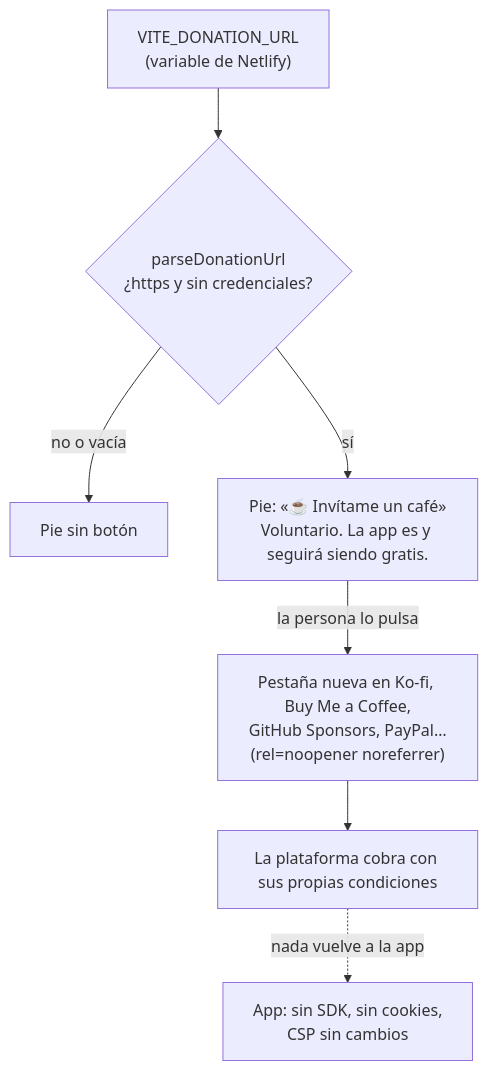
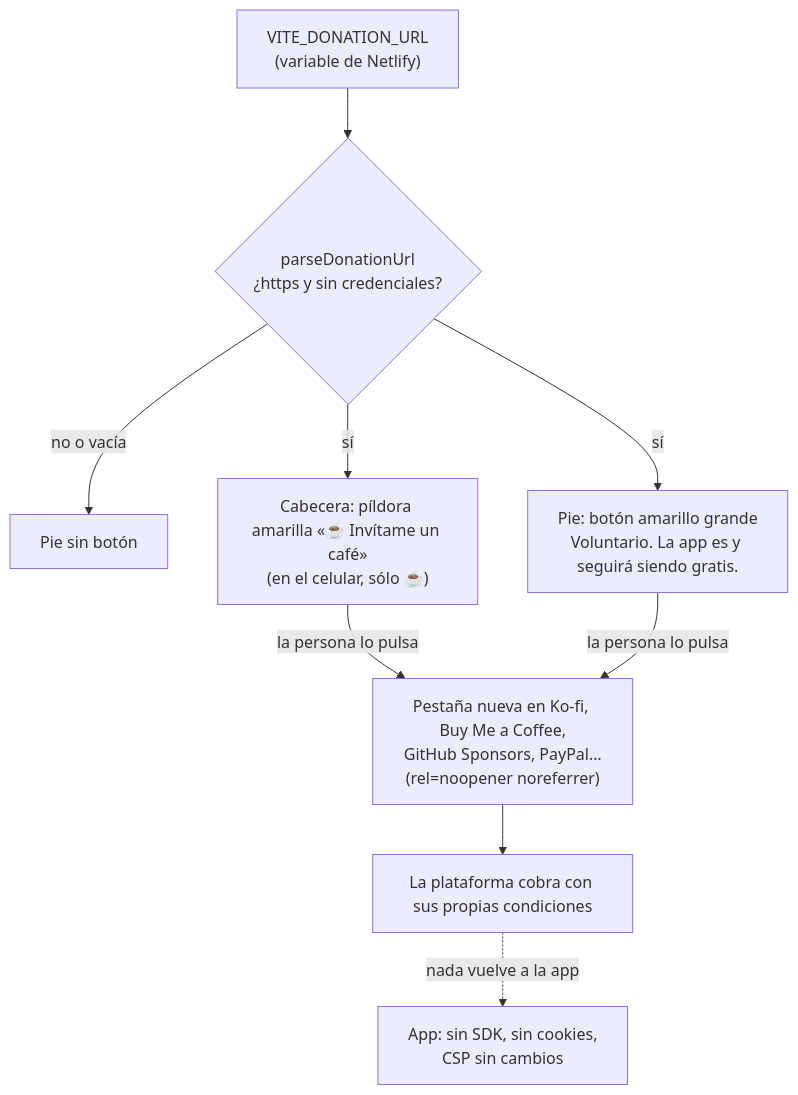
One commit to Juan-Carlos-Estevez-Vargas/Camila-Sanchez changed diagram 45 of 45 in docs/DIAGRAMAS.md. Above: the diagram before and after it, drawn with Mermaid. The commit also changed other lines of this file and 10 other files, not shown here.

First line of the commit message:
feat(cabecera): «Invítame un café» destacado en la cabecera y en el pie

````diff
--- a/docs/DIAGRAMAS.md
+++ b/docs/DIAGRAMAS.md
@@ -1337,9 +1338,11 @@
 ```mermaid
 flowchart TD
   ENV["VITE_DONATION_URL<br/>(variable de Netlify)"] --> P{"parseDonationUrl<br/>¿https y sin credenciales?"}
   P -- "no o vacía" --> X["Pie sin botón"]
-  P -- "sí" --> B["Pie: «☕ Invítame un café»<br/>Voluntario. La app es y seguirá siendo gratis."]
+  P -- "sí" --> H["Cabecera: píldora amarilla «☕ Invítame un café»<br/>(en el celular, sólo ☕)"]
+  P -- "sí" --> B["Pie: botón amarillo grande<br/>Voluntario. La app es y seguirá siendo gratis."]
+  H -- "la persona lo pulsa" --> T
   B -- "la persona lo pulsa" --> T["Pestaña nueva en Ko-fi, Buy Me a Coffee,<br/>GitHub Sponsors, PayPal…<br/>(rel=noopener noreferrer)"]
   T --> PAY["La plataforma cobra con sus propias condiciones"]
   PAY -. "nada vuelve a la app" .-> APP["App: sin SDK, sin cookies,<br/>CSP sin cambios"]
 ```
````
